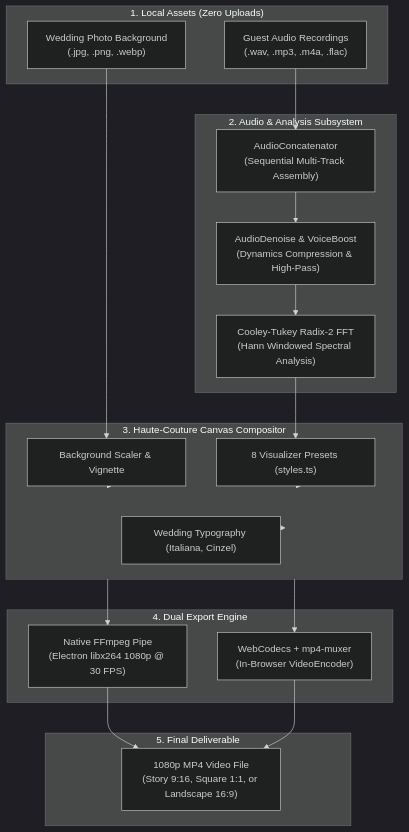
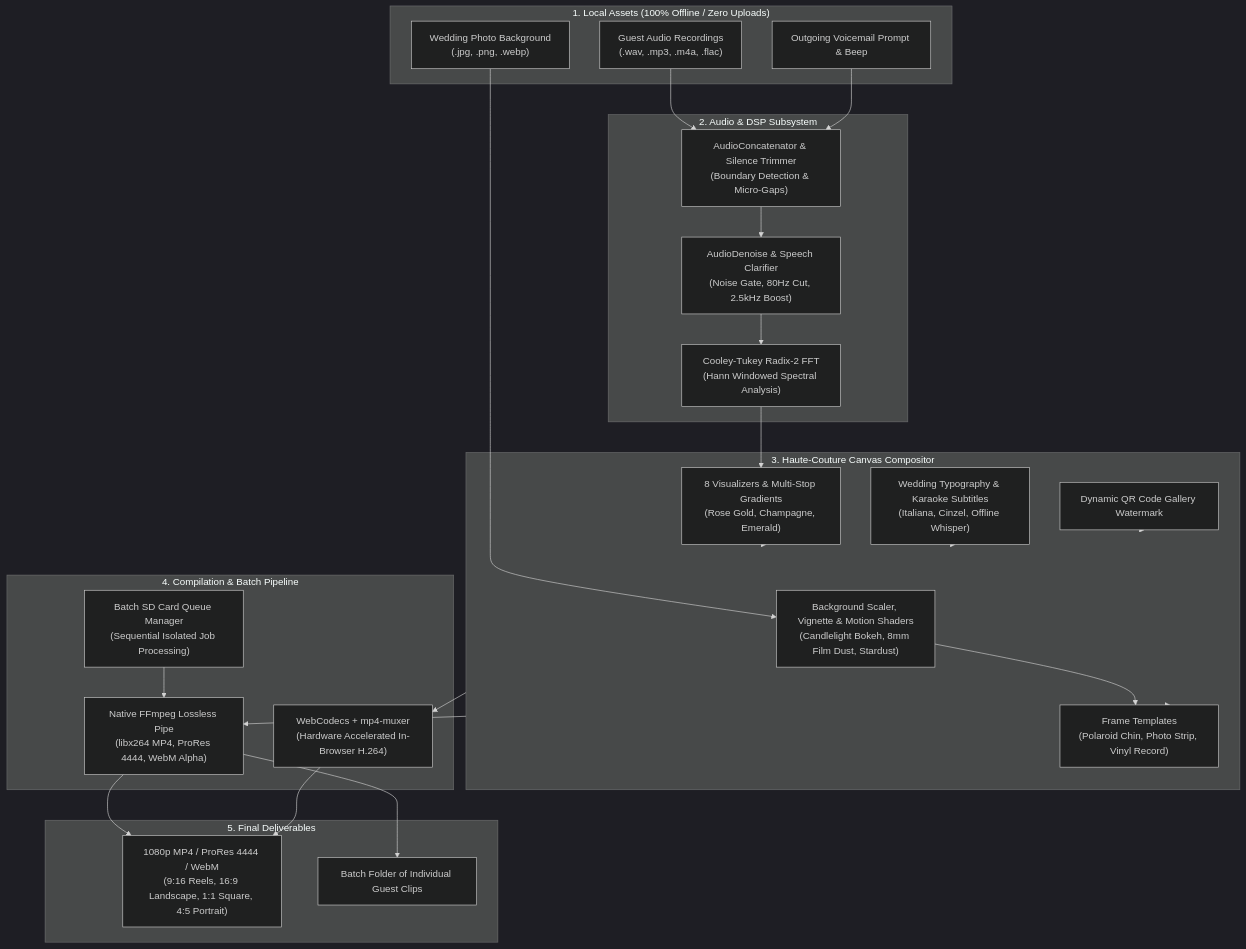
One commit to EdgarsKalnins/audio-guest-book-studio changed the diagram in README.md. Above: the diagram before and after it, drawn with Mermaid (dark theme). The commit also changed other lines of this file, not shown here.

Commit message:
docs: update README with 100% completed roadmap records and 59 tests

````diff
--- a/README.md
+++ b/README.md
@@ -120,39 +134,47 @@
 ```mermaid
 flowchart TD
-    subgraph Inputs["1. Local Assets (Zero Uploads)"]
+    subgraph Inputs["1. Local Assets (100% Offline / Zero Uploads)"]
         A1["Guest Audio Recordings<br/>(.wav, .mp3, .m4a, .flac)"]
         A2["Wedding Photo Background<br/>(.jpg, .png, .webp)"]
+        A3["Outgoing Voicemail Prompt & Beep"]
     end
 
-    subgraph AudioEngine["2. Audio & Analysis Subsystem"]
-        B1["AudioConcatenator<br/>(Sequential Multi-Track Assembly)"]
-        B2["AudioDenoise & VoiceBoost<br/>(Dynamics Compression & High-Pass)"]
+    subgraph AudioEngine["2. Audio & DSP Subsystem"]
+        B1["AudioConcatenator & Silence Trimmer<br/>(Boundary Detection & Micro-Gaps)"]
+        B2["AudioDenoise & Speech Clarifier<br/>(Noise Gate, 80Hz Cut, 2.5kHz Boost)"]
         B3["Cooley-Tukey Radix-2 FFT<br/>(Hann Windowed Spectral Analysis)"]
     end
 
     subgraph Renderer["3. Haute-Couture Canvas Compositor"]
-        C1["Background Scaler & Vignette"]
-        C2["8 Visualizer Presets (styles.ts)"]
-        C3["Wedding Typography (Italiana, Cinzel)"]
+        C1["Background Scaler, Vignette & Motion Shaders<br/>(Candlelight Bokeh, 8mm Film Dust, Stardust)"]
+        C2["Frame Templates<br/>(Polaroid Chin, Photo Strip, Vinyl Record)"]
+        C3["8 Visualizers & Multi-Stop Gradients<br/>(Rose Gold, Champagne, Emerald)"]
+        C4["Wedding Typography & Karaoke Subtitles<br/>(Italiana, Cinzel, Offline Whisper)"]
+        C5["Dynamic QR Code Gallery Watermark"]
     end
 
-    subgraph Encoders["4. Dual Export Engine"]
-        D1["Native FFmpeg Pipe<br/>(Electron libx264 1080p @ 30 FPS)"]
-        D2["WebCodecs + mp4-muxer<br/>(In-Browser VideoEncoder)"]
+    subgraph Encoders["4. Compilation & Batch Pipeline"]
+        D1["Native FFmpeg Lossless Pipe<br/>(libx264 MP4, ProRes 4444, WebM Alpha)"]
+        D2["WebCodecs + mp4-muxer<br/>(Hardware Accelerated In-Browser H.264)"]
+        D3["Batch SD Card Queue Manager<br/>(Sequential Isolated Job Processing)"]
     end
 
-    subgraph Output["5. Final Deliverable"]
-        E1["1080p MP4 Video File<br/>(Story 9:16, Square 1:1, or Landscape 16:9)"]
+    subgraph Output["5. Final Deliverables"]
+        E1["1080p MP4 / ProRes 4444 / WebM<br/>(9:16 Reels, 16:9 Landscape, 1:1 Square, 4:5 Portrait)"]
+        E2["Batch Folder of Individual Guest Clips"]
     end
 
-    A1 --> B1
+    A1 & A3 --> B1
     B1 --> B2
     B2 --> B3
     A2 --> C1
-    B3 --> C2
-    C1 & C2 & C3 --> Renderer
+    C1 --> C2
+    B3 --> C3
+    C2 & C3 & C4 & C5 --> Renderer
     Renderer --> D1
     Renderer --> D2
+    D3 --> D1
     D1 --> E1
+    D1 --> E2
     D2 --> E1
 ```
````
